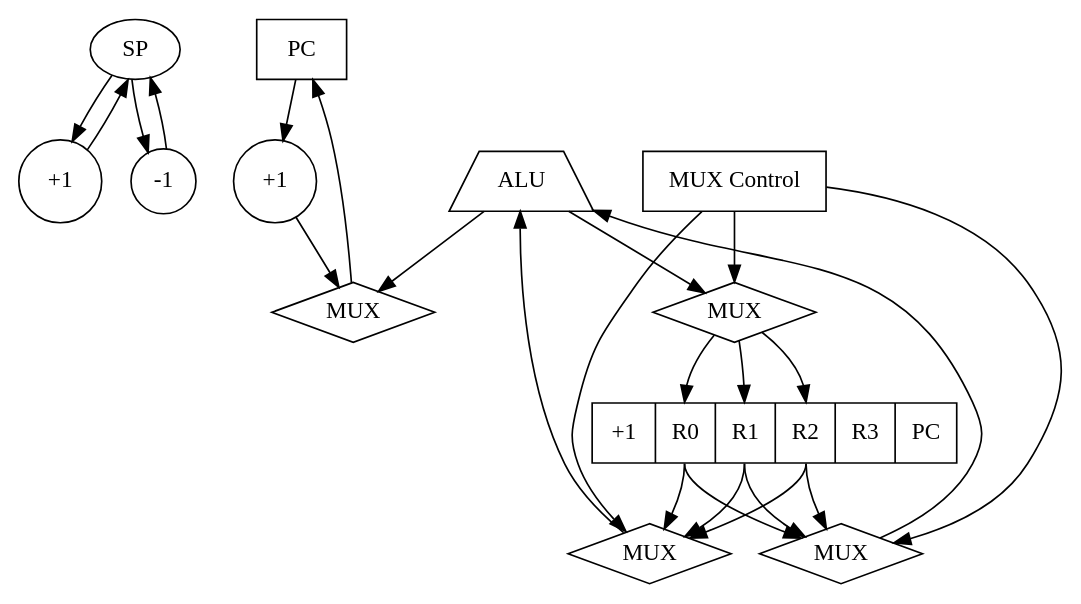
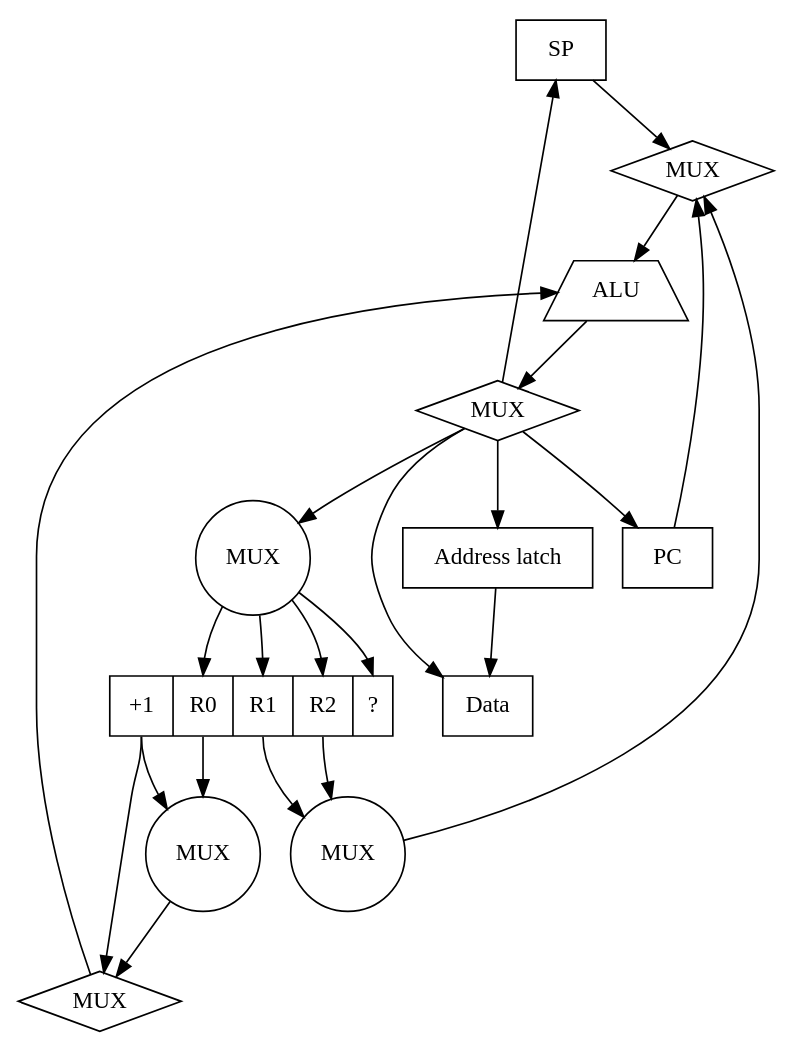
One commit to ashleyjr/Verilog changed the diagram in up2/architecture/up2.dot. Above: the diagram before and after it, drawn with Graphviz. The commit also changed 1 other file, not shown here.

Commit message:
Started documentation for architecture

```diff
--- a/up2/architecture/up2.dot
+++ b/up2/architecture/up2.dot
@@ -1,100 +1,107 @@
 digraph structs {
    # node [shape=record];
    # struct1 [label="<f0> left|<f1> mid&#92; dle|<f2> right"];
    # struct2 [label="<f0> one|<f1> two"];
    # struct3 [label="hello&#92;nworld |{ b |{c|<here> d|e}| f}| g | h"];
    # struct1:f1 -> struct2:f0;
    # struct1:f2 -> struct3:here;
 
    # subgraph cluster_0 {
    # style=filled;
    # color=lightgrey;
    # node [style=filled,color=white];
    # a0 -> a1 -> a2 -> a3;
    # label = "process #1";
    # }
    # 
    # subgraph cluster_1 {
    # node [style=filled];
    # b0 -> b1 -> b2 -> b3;
    # label = "process #2";
    # color=blue
    # }
    # start -> a0;
    # start -> b0;
    # a1 -> b3;
    # b2 -> a3;
    # a3 -> a0;
    # a3 -> end;
    # b3 -> end;
    # 
    # start [shape=Mdiamond];
    # end [shape=Msquare];
    
     # Stack pointer
-    sp [label="SP"]
-    
-    sp_plus_one [shape=circle,label="+1"];
-    sp -> sp_plus_one
-    sp_plus_one -> sp
-
-    sp_minus_one [shape=circle,label="-1"];
-    sp -> sp_minus_one
-    sp_minus_one -> sp
-
+    sp [label="SP",shape=record]
+    sp -> pc_out_mux
+    alu_out_mux -> sp
 
     # Program counter
     pc [label="PC",shape=record] 
     
-    pc_plus_one [shape=circle,label="+1"]
-    pc -> pc_plus_one
-    pc_plus_one -> pc_in_mux
-
-
     # Registers
-    regs [label="<1> +1|<R0> R0|<R1> R1|<R2> R2|<R3> R3|<PC> PC",shape=record];
+    regs [label="<1> +1|<R0> R0|<R1> R1|<R2> R2|<dead> ?",shape=record];
 
     # Muxes
-    reg_in_mux [label="MUX",shape=diamond]
-    reg_out_mux_1 [label="MUX",shape=diamond]
-    reg_out_mux_2 [label="MUX",shape=diamond]
-    pc_in_mux [label="MUX",shape=diamond] 
+    reg_in_mux [label="MUX",shape=circle]
+    reg_out_mux_1 [label="MUX",shape=circle]
+    reg_out_mux_2 [label="MUX",shape=circle]
+    pc_out_mux [label="MUX",shape=diamond] 
+    plus_one_mux [label="MUX",shape=diamond]
+    alu_out_mux [label="MUX",shape=diamond]
 
 
     # Alu
     alu [label="ALU",shape=trapezium] 
 
 
     # Mux control
-    mux_ctrl[label="MUX Control", shape=record]
-    mux_ctrl -> reg_in_mux
-    mux_ctrl -> reg_out_mux_1
-    mux_ctrl -> reg_out_mux_2
+    #mux_ctrl[label="MUX Control", shape=record]
+    #mux_ctrl -> reg_in_mux
+    #mux_ctrl -> reg_out_mux_1
+    #mux_ctrl -> reg_out_mux_2
 
     # Wiring
     reg_in_mux -> regs:R0    
     reg_in_mux -> regs:R1
     reg_in_mux -> regs:R2
+    reg_in_mux -> regs:dead
 
-    regs:R0 -> reg_out_mux_1
+    #regs:R0 -> reg_out_mux_1
+    #regs:R1 -> reg_out_mux_1
     regs:R1 -> reg_out_mux_1
     regs:R2 -> reg_out_mux_1
+
+    regs:1 -> reg_out_mux_2
     regs:R0 -> reg_out_mux_2
-    regs:R1 -> reg_out_mux_2
-    regs:R2 -> reg_out_mux_2
+    #regs:R2 -> reg_out_mux_2
+    #regs:R3 -> reg_out_mux_2
+
+    regs:1 -> plus_one_mux
+
+    plus_one_mux -> alu
+
+    reg_out_mux_2 -> plus_one_mux
+    reg_out_mux_1 -> pc_out_mux
+   
+    pc -> pc_out_mux
+    pc_out_mux -> alu
+    alu -> alu_out_mux
+    alu_out_mux -> reg_in_mux
+    alu_out_mux -> pc
 
 
-    reg_out_mux_1 -> alu
-    reg_out_mux_2 -> alu
-    
-    alu -> pc_in_mux
-    alu -> reg_in_mux
-
-    pc_in_mux -> pc
 
 
-    # ISA
+    data_mem[label="Data",shape=record]
+    data_addr[label="Address latch",shape=record]
+    alu_out_mux -> data_addr
+    data_addr -> data_mem
+    alu_out_mux -> data_mem
+
+
+
 
 
 
 }
```
